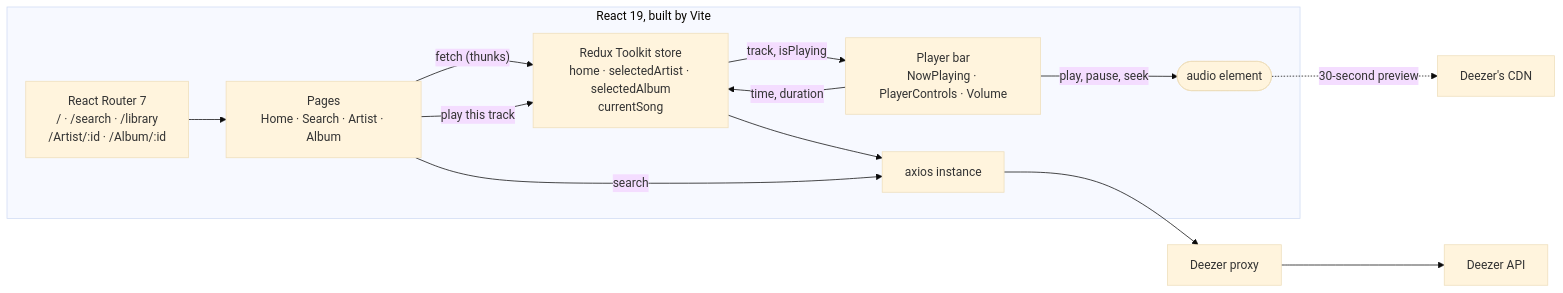
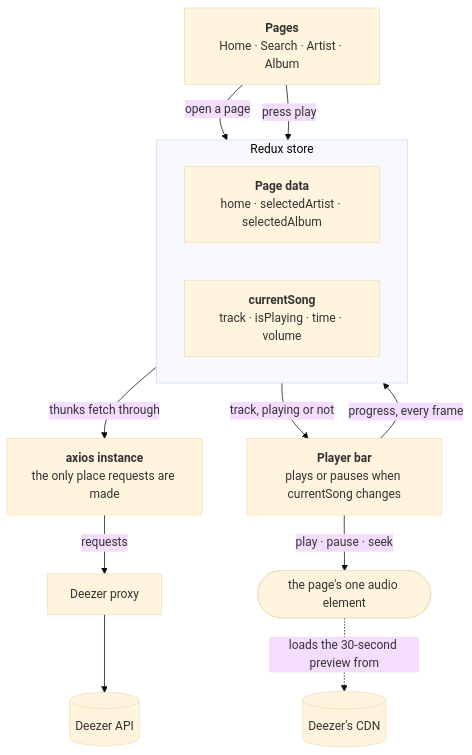
Before and after one commit to Nando-C/StriveM7D5: the diagram in README.md, drawn with Mermaid (base theme). The commit also changed other lines of this file, not shown here.

Commit message:
docs: redraw the architecture diagram top-to-bottom so it reads at README width

````diff
--- a/README.md
+++ b/README.md
@@ -37,22 +37,26 @@
 ```mermaid
-flowchart LR
-    subgraph FE["React 19, built by Vite"]
-        Router["React Router 7<br/>/ · /search · /library<br/>/Artist/:id · /Album/:id"]
-        Pages["Pages<br/>Home · Search · Artist · Album"]
-        Store["Redux Toolkit store<br/>home · selectedArtist · selectedAlbum<br/>currentSong"]
-        Player["Player bar<br/>NowPlaying · PlayerControls · Volume"]
-        Audio(["audio element"])
-        Axios["axios instance"]
+flowchart TB
+    Pages["<b>Pages</b><br/>Home · Search · Artist · Album"]
+
+    subgraph Store["Redux store"]
+        direction LR
+        Data["<b>Page data</b><br/>home · selectedArtist · selectedAlbum"]
+        Song["<b>currentSong</b><br/>track · isPlaying · time · volume"]
     end
 
-    Router --> Pages
-    Pages -- "fetch (thunks)" --> Store
-    Pages -- "play this track" --> Store
-    Store -- "track, isPlaying" --> Player
-    Player -- "play, pause, seek" --> Audio
-    Player -- "time, duration" --> Store
-    Store --> Axios
-    Pages -- "search" --> Axios
-    Axios --> Proxy["Deezer proxy"] --> Deezer["Deezer API"]
-    Audio -. "30-second preview" .-> CDN["Deezer's CDN"]
+    Axios["<b>axios instance</b><br/>the only place requests are made"]
+    Player["<b>Player bar</b><br/>plays or pauses when currentSong changes"]
+    Proxy["Deezer proxy"]
+    Audio(["the page's one audio element"])
+    Deezer[("Deezer API")]
+    CDN[("Deezer's CDN")]
+
+    Pages -- "open a page" --> Data
+    Pages -- "press play" --> Song
+    Data -- "thunks fetch through" --> Axios
+    Song -- "track, playing or not" --> Player
+    Axios -- "requests" --> Proxy --> Deezer
+    Player -- "play · pause · seek" --> Audio
+    Audio -. "loads the 30-second preview from" .-> CDN
+    Player -- "progress, every frame" --> Song
 ```
````
